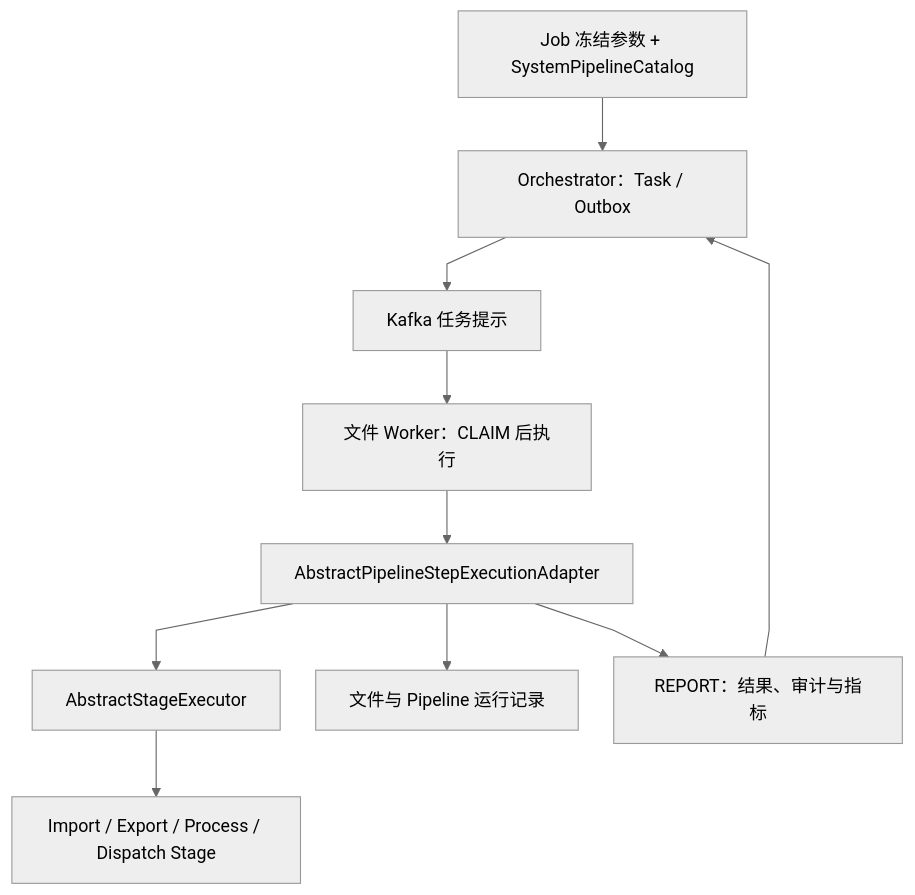
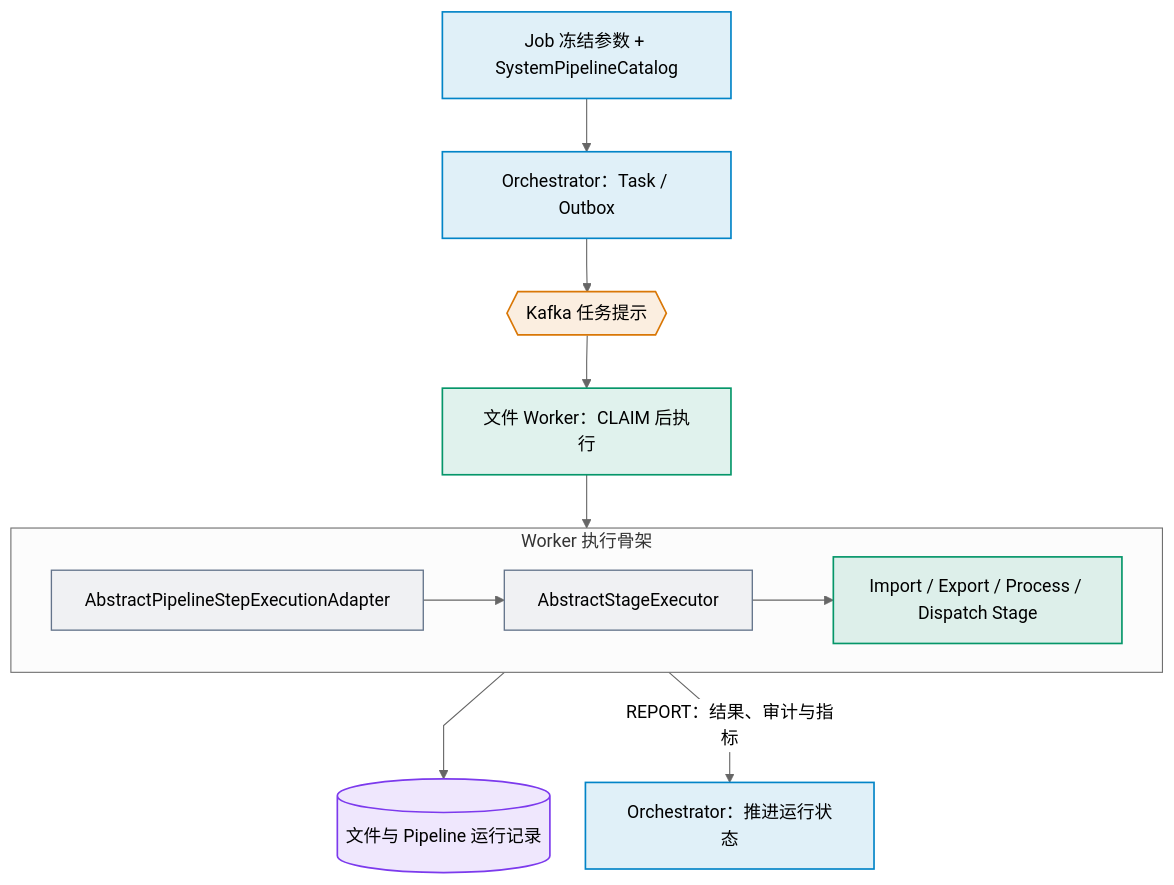
Before and after one commit to pinpols/file-batch-system: the fifth of 8 diagrams in docs/design/file-pipeline-design.md, drawn with Mermaid (neutral theme). The commit also changed other lines of this file and 11 other files, not shown here.

First line of the commit message:
docs(diagram): P2 文档图按图例统一并按源码核对状态机 (#1383)

````diff
--- a/docs/design/file-pipeline-design.md
+++ b/docs/design/file-pipeline-design.md
@@ -815,13 +822,24 @@
 ```mermaid
 %%{init: {"flowchart":{"curve":"linear","nodeSpacing":32,"rankSpacing":48},"sequence":{"mirrorActors":false}}}%%
 flowchart TB
-  J[Job 冻结参数 + SystemPipelineCatalog] --> O[Orchestrator：Task / Outbox]
-  O --> K[Kafka 任务提示]
-  K --> W[文件 Worker：CLAIM 后执行]
-  W --> A[AbstractPipelineStepExecutionAdapter]
-  A --> S[AbstractStageExecutor]
-  S --> B[Import / Export / Process / Dispatch Stage]
-  A --> R[文件与 Pipeline 运行记录]
-  A --> F[REPORT：结果、审计与指标]
-  F --> O
+  J["Job 冻结参数 + SystemPipelineCatalog"]:::control --> O["Orchestrator：Task / Outbox"]:::control
+  O --> K{{"Kafka 任务提示"}}:::mq
+  K --> W["文件 Worker：CLAIM 后执行"]:::worker
+  subgraph RT["Worker 执行骨架"]
+    direction LR
+    A["AbstractPipelineStepExecutionAdapter"]:::lib
+    S["AbstractStageExecutor"]:::lib
+    B["Import / Export / Process / Dispatch Stage"]:::worker
+    A --> S --> B
+  end
+  W --> RT
+  RT --> R[("文件与 Pipeline 运行记录")]:::store
+  RT -->|"REPORT：结果、审计与指标"| O2["Orchestrator：推进运行状态"]:::control
+  classDef entry fill:#6366f11f,stroke:#6366f1,stroke-width:1.5px
+  classDef control fill:#0284c71f,stroke:#0284c7,stroke-width:1.5px
+  classDef mq fill:#d977061f,stroke:#d97706,stroke-width:1.5px
+  classDef worker fill:#0596691f,stroke:#059669,stroke-width:1.5px
+  classDef store fill:#7c3aed1f,stroke:#7c3aed,stroke-width:1.5px
+  classDef ext fill:#64748b14,stroke:#64748b,stroke-width:1.2px,stroke-dasharray:4 3
+  classDef lib fill:#64748b14,stroke:#64748b,stroke-width:1.2px
 ```
````
